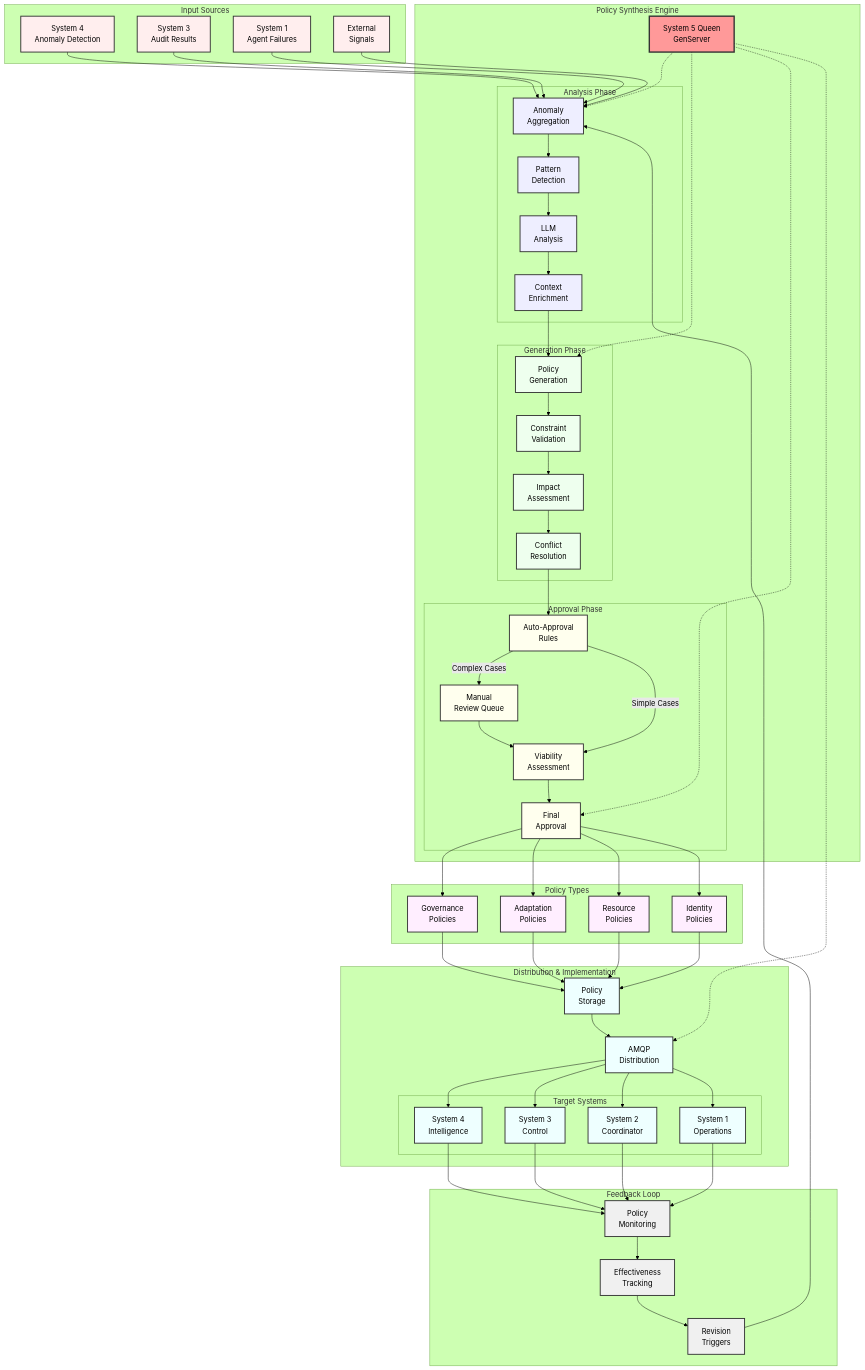
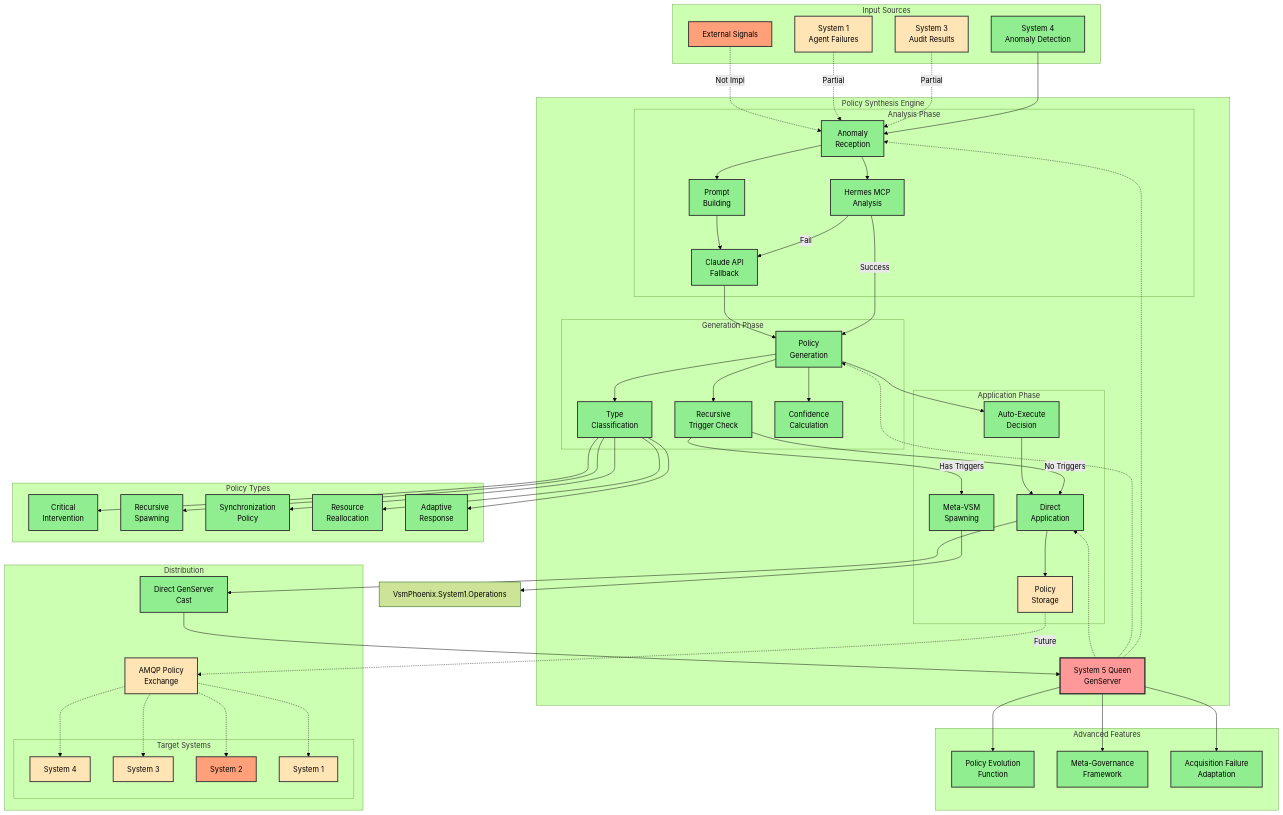
One commit to jmanhype/vsm-phoenix-app changed the first of 2 diagrams in docs/diagrams/03_policy_synthesis.md. Above: the diagram before and after it, drawn with Mermaid (forest theme). The commit also changed other lines of this file and 8 other files, not shown here.

First line of the commit message:
Merge all actual diagrams into original files and remove duplicates

````diff
--- a/docs/diagrams/03_policy_synthesis.md
+++ b/docs/diagrams/03_policy_synthesis.md
@@ -9,133 +9,120 @@
         S4Anom[System 4<br/>Anomaly Detection]
         S3Audit[System 3<br/>Audit Results]
         S1Agent[System 1<br/>Agent Failures]
-        ExtSig[External<br/>Signals]
+        ExtSig[External Signals]
     end
 
     subgraph "Policy Synthesis Engine"
         Queen[System 5 Queen<br/>GenServer]
         
         subgraph "Analysis Phase"
-            AnomalyAgg[Anomaly<br/>Aggregation]
-            PatternDet[Pattern<br/>Detection]
-            LLMAnalysis[LLM<br/>Analysis]
-            ContextEnrich[Context<br/>Enrichment]
+            AnomalyRecv[Anomaly<br/>Reception]
+            HermesAnalysis[Hermes MCP<br/>Analysis]
+            ClaudeAnalysis[Claude API<br/>Fallback]
+            PromptBuild[Prompt<br/>Building]
         end
 
         subgraph "Generation Phase"
             PolicyGen[Policy<br/>Generation]
-            ConstraintCheck[Constraint<br/>Validation]
-            ImpactAssess[Impact<br/>Assessment]
-            ConflictRes[Conflict<br/>Resolution]
+            TypeClass[Type<br/>Classification]
+            RecursiveTrig[Recursive<br/>Trigger Check]
+            ConfCalc[Confidence<br/>Calculation]
         end
 
-        subgraph "Approval Phase"
-            AutoApproval[Auto-Approval<br/>Rules]
-            ManualReview[Manual<br/>Review Queue]
-            ViabilityCheck[Viability<br/>Assessment]
-            FinalApproval[Final<br/>Approval]
+        subgraph "Application Phase"
+            DirectApply[Direct<br/>Application]
+            MetaSpawn[Meta-VSM<br/>Spawning]
+            PolicyStore[Policy<br/>Storage]
+            AutoExec[Auto-Execute<br/>Decision]
         end
     end
 
     subgraph "Policy Types"
-        GovPol[Governance<br/>Policies]
-        AdaptPol[Adaptation<br/>Policies]
-        ResPol[Resource<br/>Policies]
-        IdPol[Identity<br/>Policies]
+        CriticalInt[Critical<br/>Intervention]
+        RecursiveSpawn[Recursive<br/>Spawning]
+        SyncPol[Synchronization<br/>Policy]
+        ResourcePol[Resource<br/>Reallocation]
+        AdaptivePol[Adaptive<br/>Response]
     end
 
-    subgraph "Distribution & Implementation"
-        PolicyStore[Policy<br/>Storage]
-        AMQPDist[AMQP<br/>Distribution]
+    subgraph "Distribution"
+        AMQPDist[AMQP Policy<br/>Exchange]
+        DirectCast[Direct GenServer<br/>Cast]
         
         subgraph "Target Systems"
-            ToS4[System 4<br/>Intelligence]
-            ToS3[System 3<br/>Control]
-            ToS2[System 2<br/>Coordinator]
-            ToS1[System 1<br/>Operations]
+            ToS4[System 4]
+            ToS3[System 3]
+            ToS2[System 2]
+            ToS1[System 1]
         end
     end
 
-    subgraph "Feedback Loop"
-        PolicyMon[Policy<br/>Monitoring]
-        EffectTrack[Effectiveness<br/>Tracking]
-        RevisionTrig[Revision<br/>Triggers]
+    subgraph "Advanced Features"
+        PolicyEvol[Policy Evolution<br/>Function]
+        MetaGov[Meta-Governance<br/>Framework]
+        FailureAdapt[Acquisition Failure<br/>Adaptation]
     end
 
     %% Input Flow
-    S4Anom --> AnomalyAgg
-    S3Audit --> AnomalyAgg
-    S1Agent --> AnomalyAgg
-    ExtSig --> AnomalyAgg
+    S4Anom --> AnomalyRecv
+    S3Audit -.->|Partial| AnomalyRecv
+    S1Agent -.->|Partial| AnomalyRecv
+    ExtSig -.->|Not Impl| AnomalyRecv
 
     %% Analysis Flow
-    AnomalyAgg --> PatternDet
-    PatternDet --> LLMAnalysis
-    LLMAnalysis --> ContextEnrich
+    AnomalyRecv --> HermesAnalysis
+    HermesAnalysis -->|Success| PolicyGen
+    HermesAnalysis -->|Fail| ClaudeAnalysis
+    AnomalyRecv --> PromptBuild
+    PromptBuild --> ClaudeAnalysis
+    ClaudeAnalysis --> PolicyGen
 
     %% Generation Flow
-    ContextEnrich --> PolicyGen
-    PolicyGen --> ConstraintCheck
-    ConstraintCheck --> ImpactAssess
-    ImpactAssess --> ConflictRes
+    PolicyGen --> TypeClass
+    PolicyGen --> RecursiveTrig
+    PolicyGen --> ConfCalc
+    TypeClass --> CriticalInt
+    TypeClass --> RecursiveSpawn
+    TypeClass --> SyncPol
+    TypeClass --> ResourcePol
+    TypeClass --> AdaptivePol
 
-    %% Approval Flow
-    ConflictRes --> AutoApproval
-    AutoApproval -->|Complex Cases| ManualReview
-    AutoApproval -->|Simple Cases| ViabilityCheck
-    ManualReview --> ViabilityCheck
-    ViabilityCheck --> FinalApproval
+    %% Application Flow
+    RecursiveTrig -->|Has Triggers| MetaSpawn
+    RecursiveTrig -->|No Triggers| DirectApply
+    PolicyGen --> AutoExec
+    AutoExec --> DirectApply
+    DirectApply --> PolicyStore
+    MetaSpawn --> VsmPhoenix.System1.Operations
 
-    %% Policy Type Classification
-    FinalApproval --> GovPol
-    FinalApproval --> AdaptPol
-    FinalApproval --> ResPol
-    FinalApproval --> IdPol
+    %% Distribution
+    DirectApply --> DirectCast
+    DirectCast --> Queen
+    PolicyStore -.->|Future| AMQPDist
+    AMQPDist -.-> ToS4
+    AMQPDist -.-> ToS3
+    AMQPDist -.-> ToS2
+    AMQPDist -.-> ToS1
 
-    %% Storage and Distribution
-    GovPol --> PolicyStore
-    AdaptPol --> PolicyStore
-    ResPol --> PolicyStore
-    IdPol --> PolicyStore
-
-    PolicyStore --> AMQPDist
-    AMQPDist --> ToS4
-    AMQPDist --> ToS3
-    AMQPDist --> ToS2
-    AMQPDist --> ToS1
-
-    %% Feedback
-    ToS4 --> PolicyMon
-    ToS3 --> PolicyMon
-    ToS2 --> PolicyMon
-    ToS1 --> PolicyMon
-
-    PolicyMon --> EffectTrack
-    EffectTrack --> RevisionTrig
-    RevisionTrig --> AnomalyAgg
+    %% Advanced Features
+    Queen --> PolicyEvol
+    Queen --> MetaGov
+    Queen --> FailureAdapt
 
     %% Queen Orchestration
-    Queen -.-> AnomalyAgg
+    Queen -.-> AnomalyRecv
     Queen -.-> PolicyGen
-    Queen -.-> FinalApproval
-    Queen -.-> AMQPDist
+    Queen -.-> DirectApply
 
     %% Styling
-    classDef input fill:#ffeeee,stroke:#333,stroke-width:2px
-    classDef analysis fill:#eeeeff,stroke:#333,stroke-width:2px
-    classDef generation fill:#eeffee,stroke:#333,stroke-width:2px
-    classDef approval fill:#ffffee,stroke:#333,stroke-width:2px
-    classDef policy fill:#ffeeff,stroke:#333,stroke-width:2px
-    classDef distribution fill:#eeffff,stroke:#333,stroke-width:2px
-    classDef feedback fill:#f0f0f0,stroke:#333,stroke-width:2px
+    classDef implemented fill:#90EE90,stroke:#333,stroke-width:2px
+    classDef partial fill:#FFE4B5,stroke:#333,stroke-width:2px
+    classDef notimpl fill:#FFA07A,stroke:#333,stroke-width:2px
     classDef queen fill:#ff9999,stroke:#333,stroke-width:3px
+    classDef advanced fill:#E6E6FA,stroke:#333,stroke-width:2px
 
-    class S4Anom,S3Audit,S1Agent,ExtSig input
-    class AnomalyAgg,PatternDet,LLMAnalysis,ContextEnrich analysis
-    class PolicyGen,ConstraintCheck,ImpactAssess,ConflictRes generation
-    class AutoApproval,ManualReview,ViabilityCheck,FinalApproval approval
-    class GovPol,AdaptPol,ResPol,IdPol policy
-    class PolicyStore,AMQPDist,ToS4,ToS3,ToS2,ToS1 distribution
-    class PolicyMon,EffectTrack,RevisionTrig feedback
+    class AnomalyRecv,HermesAnalysis,ClaudeAnalysis,PromptBuild,PolicyGen,TypeClass,RecursiveTrig,ConfCalc,DirectApply,MetaSpawn,AutoExec,DirectCast,CriticalInt,RecursiveSpawn,SyncPol,ResourcePol,AdaptivePol,S4Anom,PolicyEvol,MetaGov,FailureAdapt implemented
+    class S3Audit,S1Agent,PolicyStore,AMQPDist,ToS4,ToS3,ToS1 partial
+    class ExtSig,ToS2 notimpl
     class Queen queen
 ```
````
